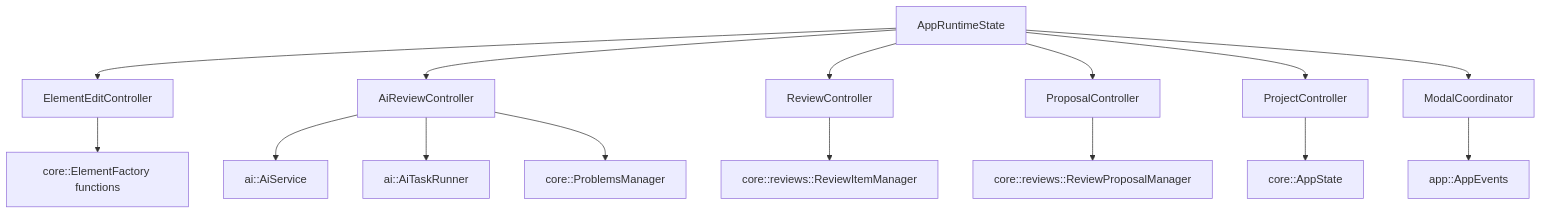
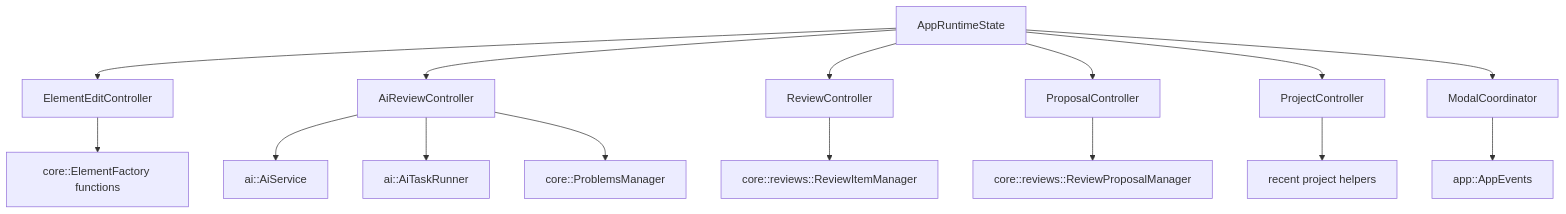
Before and after one commit to lasrod/assurance-forge: the second of 6 diagrams in docs/architecture/controllers.md, drawn with Mermaid. The commit also changed other lines of this file and 12 other files, not shown here.

````diff
--- a/docs/architecture/controllers.md
+++ b/docs/architecture/controllers.md
@@ -27,18 +27,18 @@
 ```mermaid
 flowchart TD
     AppRuntimeState --> ElementEditController
     AppRuntimeState --> AiReviewController
     AppRuntimeState --> ReviewController
     AppRuntimeState --> ProposalController
     AppRuntimeState --> ProjectController
     AppRuntimeState --> ModalCoordinator
 
     ElementEditController --> ElementFactory[core::ElementFactory functions]
     AiReviewController --> AiService[ai::AiService]
     AiReviewController --> AiTaskRunner[ai::AiTaskRunner]
     AiReviewController --> Problems[core::ProblemsManager]
     ReviewController --> ReviewItemManager[core::reviews::ReviewItemManager]
     ProposalController --> ProposalManager[core::reviews::ReviewProposalManager]
-    ProjectController --> AppState[core::AppState]
+    ProjectController --> RecentProjects[recent project helpers]
     ModalCoordinator --> Events[app::AppEvents]
 ```
````
